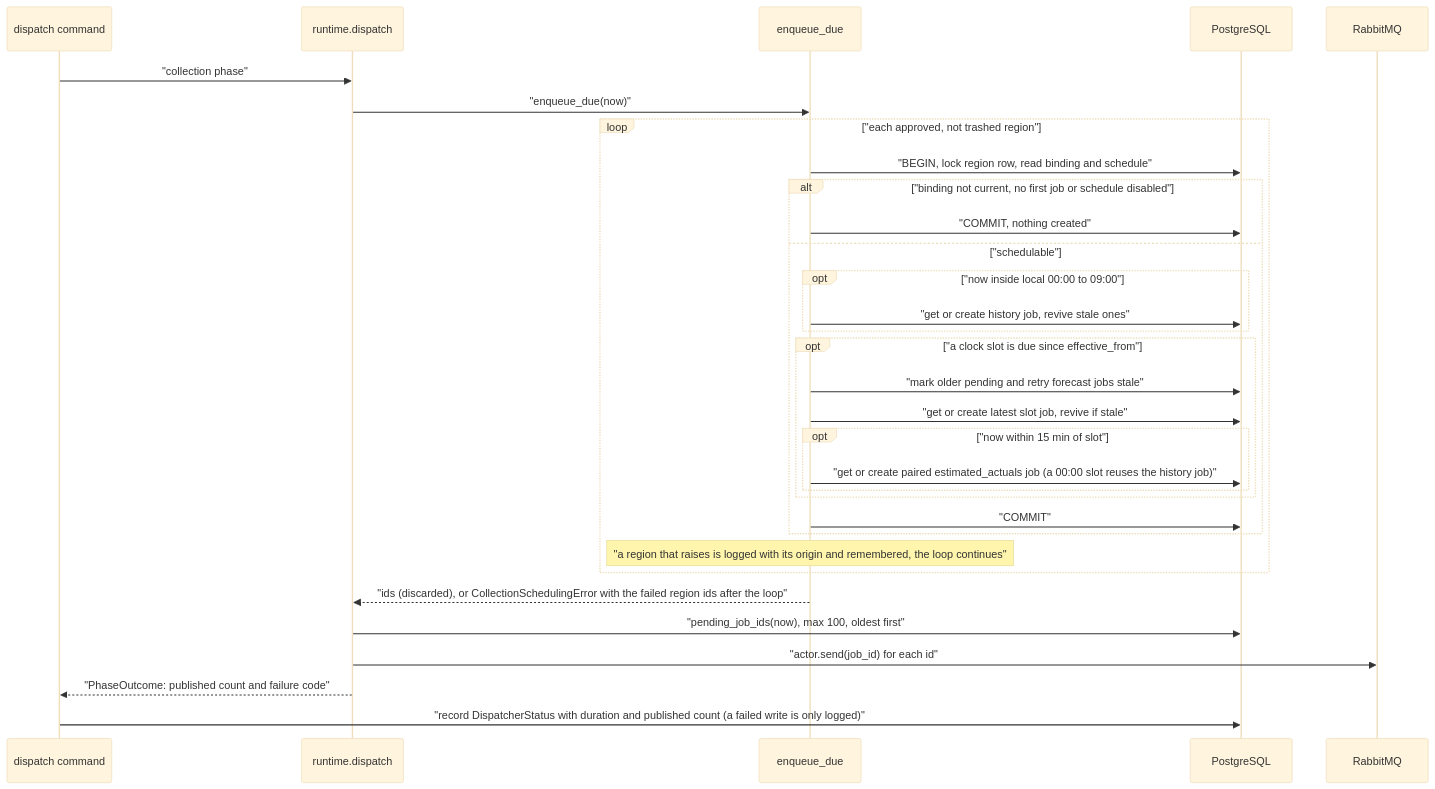
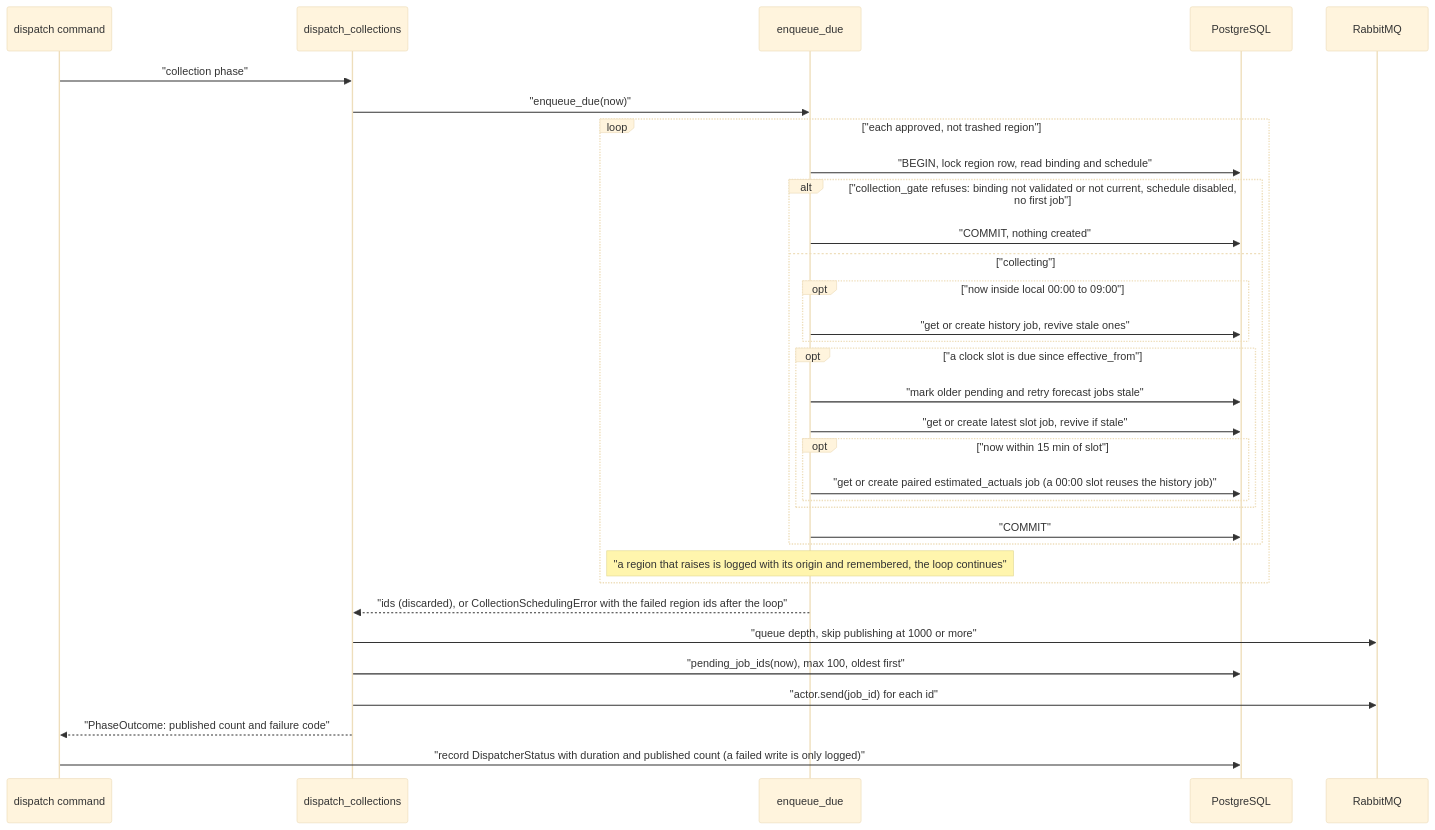
One commit to erkurtharun/pyracast changed the diagram in docs/flows/forecast-collection-scheduling.md. Above: the diagram before and after it, drawn with Mermaid (base theme). The commit also changed other lines of this file and 85 other files, not shown here.

First line of the commit message:
Bring the flow pages in line with the code (#107)

````diff
--- a/docs/flows/forecast-collection-scheduling.md
+++ b/docs/flows/forecast-collection-scheduling.md
@@ -13,34 +13,35 @@
 ```mermaid
 sequenceDiagram
     participant C as dispatch command
-    participant R as runtime.dispatch
+    participant R as dispatch_collections
     participant S as enqueue_due
     participant D as PostgreSQL
     participant Q as RabbitMQ
     C->>R: "collection phase"
     R->>S: "enqueue_due(now)"
     loop "each approved, not trashed region"
         S->>D: "BEGIN, lock region row, read binding and schedule"
-        alt "binding not current, no first job or schedule disabled"
+        alt "collection_gate refuses: binding not validated or not current, schedule disabled, no first job"
             S->>D: "COMMIT, nothing created"
-        else "schedulable"
+        else "collecting"
             opt "now inside local 00:00 to 09:00"
                 S->>D: "get or create history job, revive stale ones"
             end
             opt "a clock slot is due since effective_from"
                 S->>D: "mark older pending and retry forecast jobs stale"
                 S->>D: "get or create latest slot job, revive if stale"
                 opt "now within 15 min of slot"
                     S->>D: "get or create paired estimated_actuals job (a 00:00 slot reuses the history job)"
                 end
             end
             S->>D: "COMMIT"
         end
         Note over S: "a region that raises is logged with its origin and remembered, the loop continues"
     end
     S-->>R: "ids (discarded), or CollectionSchedulingError with the failed region ids after the loop"
+    R->>Q: "queue depth, skip publishing at 1000 or more"
     R->>D: "pending_job_ids(now), max 100, oldest first"
     R->>Q: "actor.send(job_id) for each id"
     R-->>C: "PhaseOutcome: published count and failure code"
     C->>D: "record DispatcherStatus with duration and published count (a failed write is only logged)"
 ```
````
